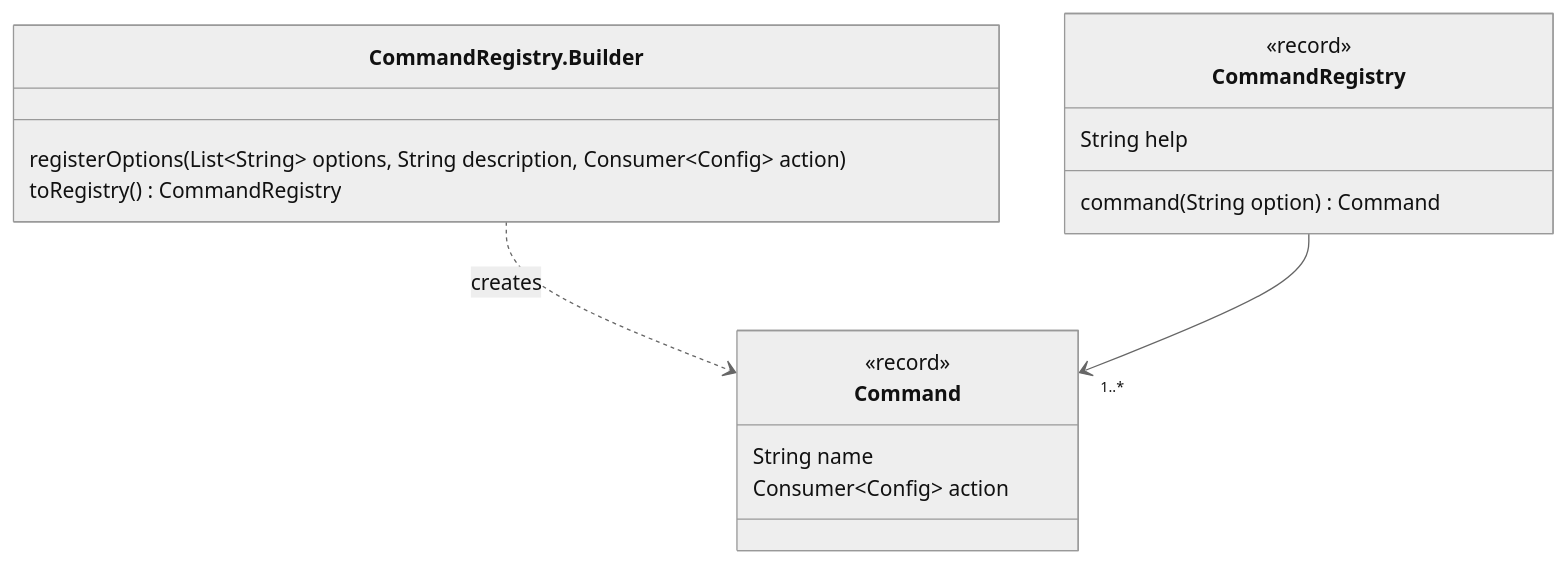
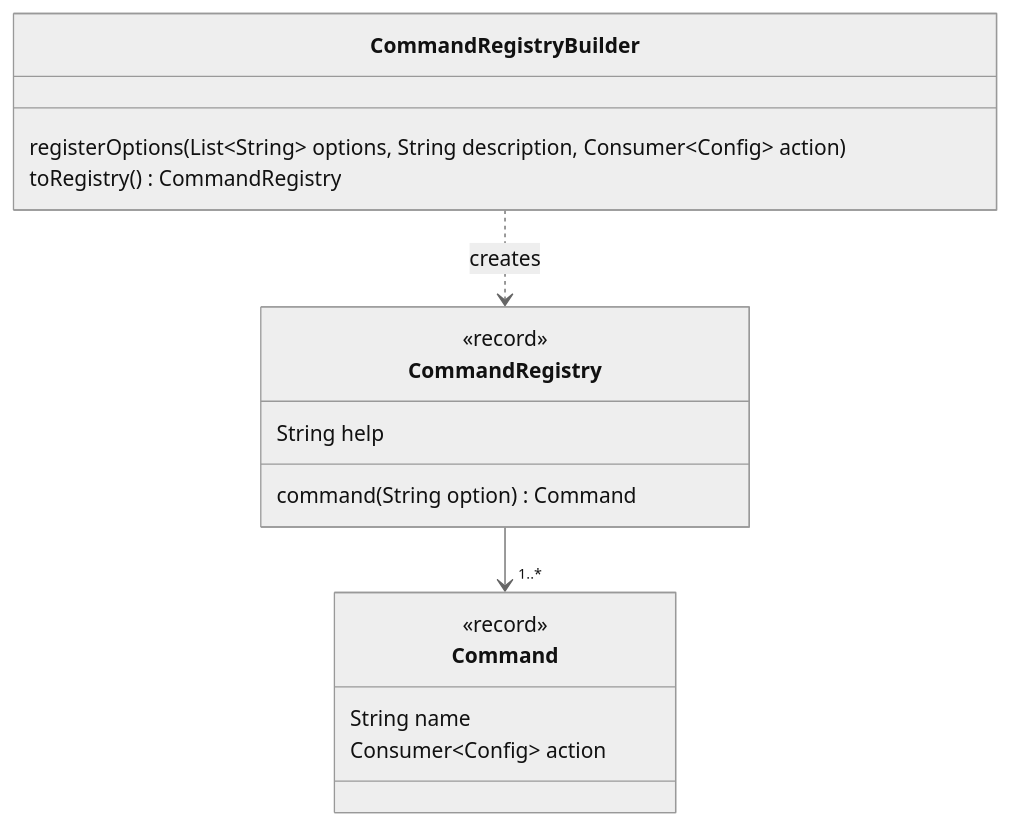
The second of 2 diagrams in src/main/java/command/README.md (forax/design-pattern-reloaded), drawn with Mermaid (neutral theme) before and after one commit.

Commit message:
fix the second diagram

````diff
--- a/src/main/java/command/README.md
+++ b/src/main/java/command/README.md
@@ -194,19 +194,19 @@
 ```mermaid
 classDiagram
-class CommandRegistry.Builder {
+class CommandRegistryBuilder {
   registerOptions(List~String~ options, String description, Consumer~Config~ action)
   toRegistry() CommandRegistry
 }
 class CommandRegistry {
   <<record>>
   String help
   command(String option) Command
 }
 class Command {
   <<record>>
   String name
   Consumer~Config~ action
 }
-CommandRegistry.Builder ..> Command : creates
+CommandRegistryBuilder ..> CommandRegistry : creates
 CommandRegistry --> "1..*" Command
 ```
````
